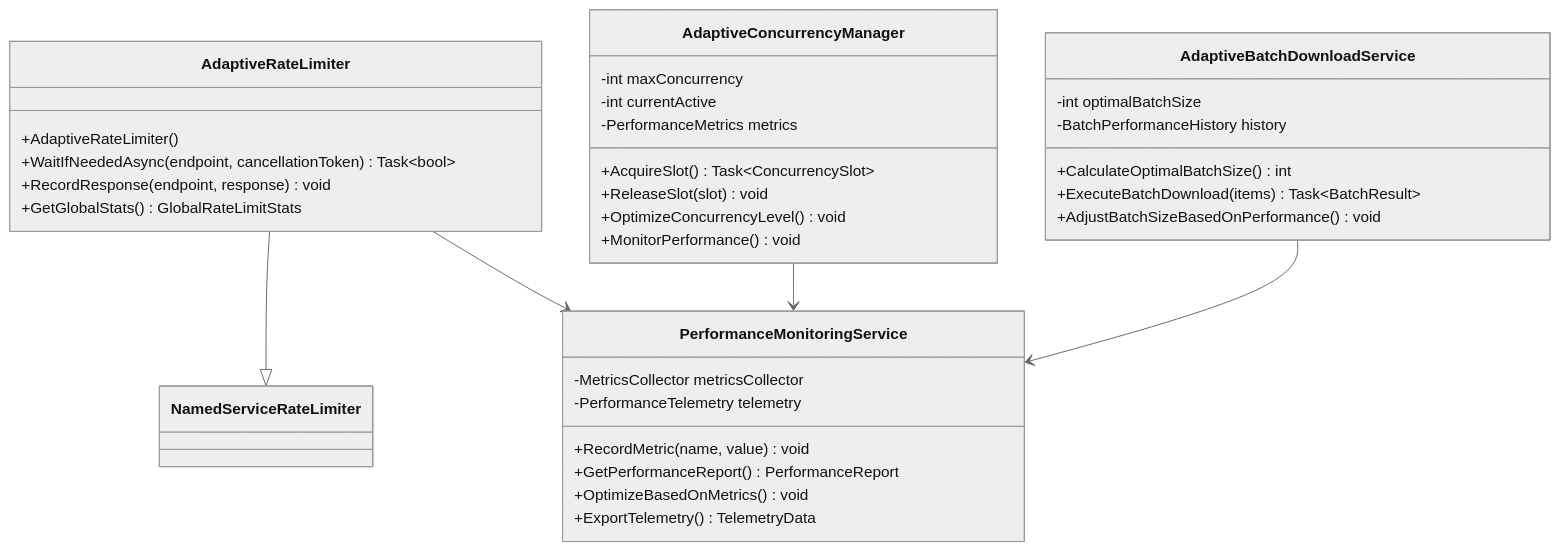
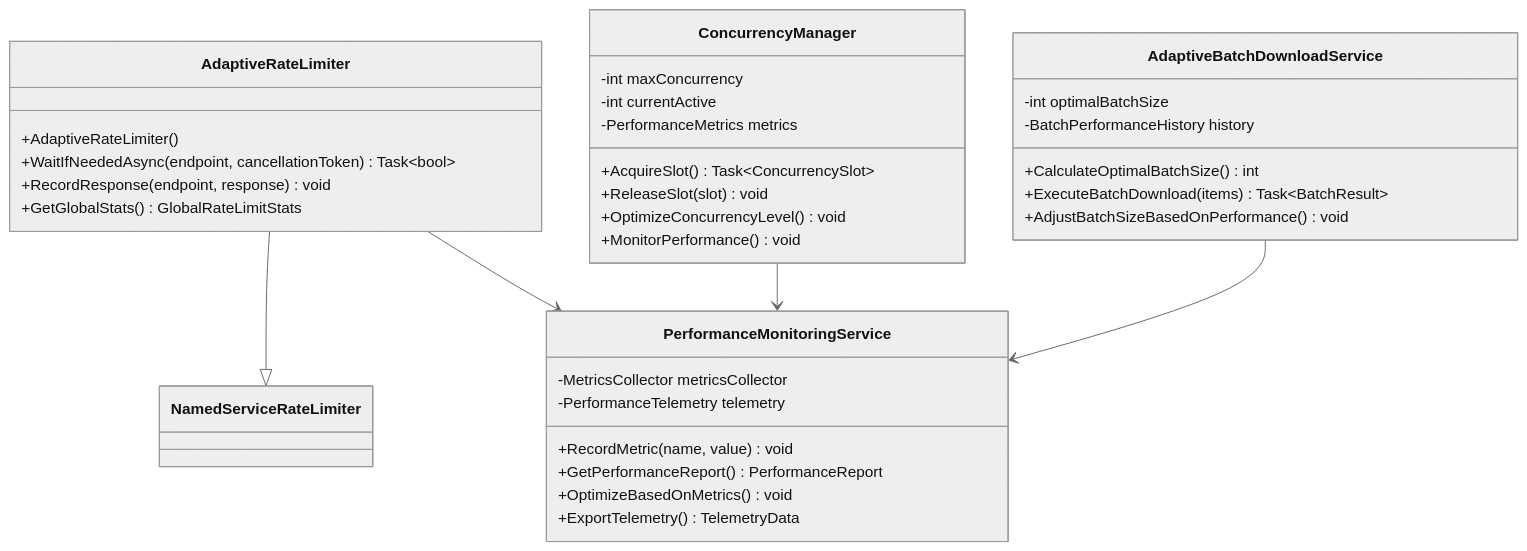
Before and after one commit to RicherTunes/Qobuzarr: diagram 24 of 25 in docs/ARCHITECTURE.md, drawn with Mermaid (neutral theme). The commit also changed other lines of this file and 3 other files, not shown here.

````diff
--- a/docs/ARCHITECTURE.md
+++ b/docs/ARCHITECTURE.md
@@ -1203,46 +1203,46 @@
 ```mermaid
 classDiagram
     class AdaptiveRateLimiter {
         +AdaptiveRateLimiter()
         +WaitIfNeededAsync(endpoint, cancellationToken) Task~bool~
         +RecordResponse(endpoint, response) void
         +GetGlobalStats() GlobalRateLimitStats
     }
     
-    class AdaptiveConcurrencyManager {
+    class ConcurrencyManager {
         -int maxConcurrency
         -int currentActive
         -PerformanceMetrics metrics
         
         +AcquireSlot() Task~ConcurrencySlot~
         +ReleaseSlot(slot) void
         +OptimizeConcurrencyLevel() void
         +MonitorPerformance() void
     }
     
     %% AdaptiveBatchDownloadService not found in codebase as of 2026-05-31
     class AdaptiveBatchDownloadService {
         -int optimalBatchSize
         -BatchPerformanceHistory history
         
         +CalculateOptimalBatchSize() int
         +ExecuteBatchDownload(items) Task~BatchResult~
         +AdjustBatchSizeBasedOnPerformance() void
     }
     
     %% PerformanceMonitoringService actual interface is IPerformanceMonitoringService with different methods (RecordApiCall, RecordCacheHit, RecordCacheMiss, LogPerformanceWarning, RecordMLOptimization)
     class PerformanceMonitoringService {
         -MetricsCollector metricsCollector
         -PerformanceTelemetry telemetry
         
         +RecordMetric(name, value) void
         +GetPerformanceReport() PerformanceReport
         +OptimizeBasedOnMetrics() void
         +ExportTelemetry() TelemetryData
     }
     
     AdaptiveRateLimiter --|> NamedServiceRateLimiter
     AdaptiveRateLimiter --> PerformanceMonitoringService
-    AdaptiveConcurrencyManager --> PerformanceMonitoringService
+    ConcurrencyManager --> PerformanceMonitoringService
     AdaptiveBatchDownloadService --> PerformanceMonitoringService
 ```
````
